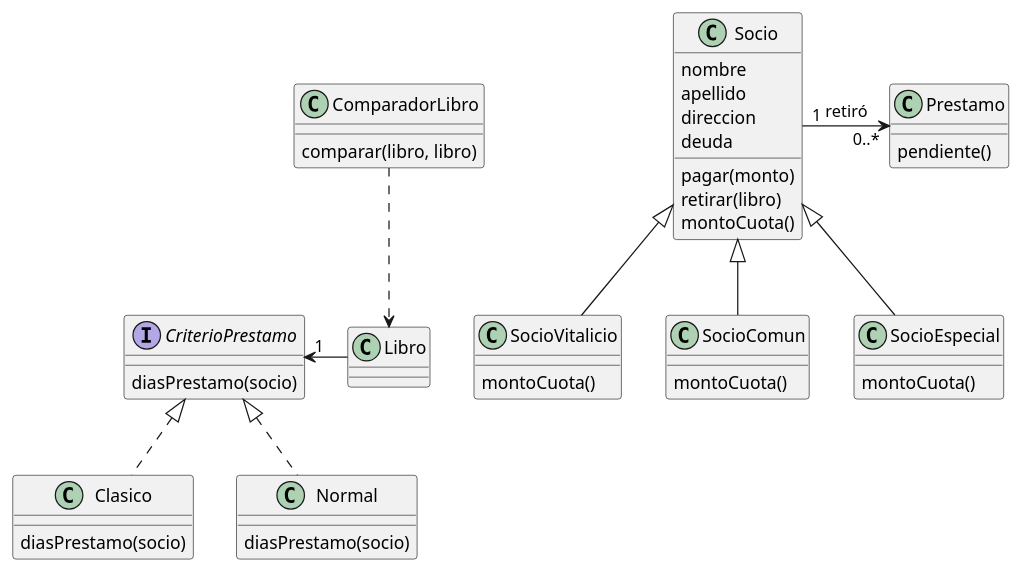
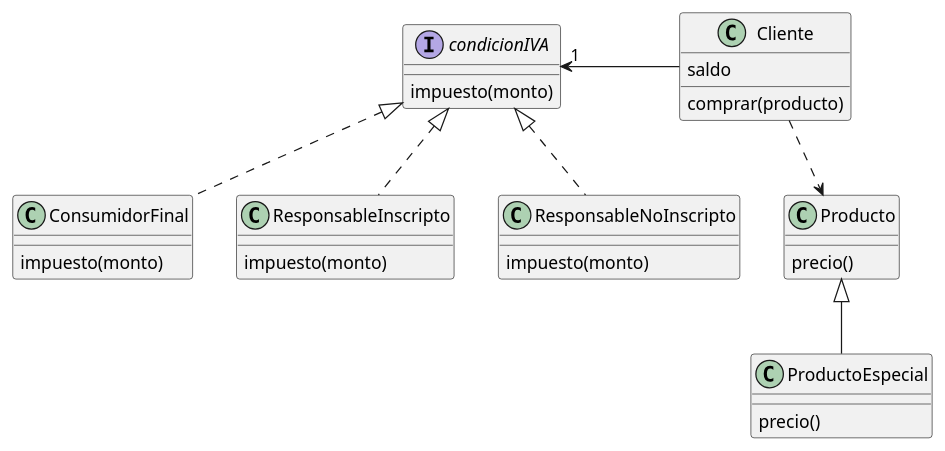
One commit to valenosa/practicaParadigmaObjetos-2024 changed the diagram in example.plantuml. Above: the diagram before and after it, drawn with PlantUML. The commit also changed 3 other files, not shown here.

```diff
--- a/example.plantuml
+++ b/example.plantuml
@@ -1,64 +1,41 @@
 @startuml example
-class Socio {
-    nombre
-    apellido
-    direccion
-    deuda
-    pagar(monto)
-    retirar(libro)
-    montoCuota()
+interface condicionIVA {
+    impuesto(monto)
 }
 
-class SocioVitalicio {
-    montoCuota()
+class ConsumidorFinal {
+    impuesto(monto)
 }
 
-class SocioComun {
-    montoCuota()
+class ResponsableInscripto {
+    impuesto(monto)
 }
 
-class SocioEspecial {
-    montoCuota()
+class ResponsableNoInscripto {
+    impuesto(monto)
 }
 
-class Prestamo {
-    pendiente()
+class Cliente{
+    saldo
+    comprar(producto)
 }
 
-'HERENCIA'
-Socio <|-- SocioVitalicio
-Socio <|-- SocioComun 
-Socio <|-- SocioEspecial  
+Cliente -left-> "1" condicionIVA
 
-'CONOCE (ASOCIACIÓN)'
-Socio "1" -right-> "0..*" Prestamo : retiró
+ConsumidorFinal .up.|> condicionIVA
+ResponsableInscripto .up.|> condicionIVA
+ResponsableNoInscripto .up.|> condicionIVA
 
-class Libro {
+class Producto {
+    precio()
 }
 
-interface CriterioPrestamo {
-    diasPrestamo(socio)
+Cliente .down.> Producto
+
+class ProductoEspecial {
+    precio()
 }
 
-class Clasico {
-    diasPrestamo(socio)
-}
+Producto <|-- ProductoEspecial
 
-class Normal {
-    diasPrestamo(socio)
-}
-'IMPLEMENTA INTERFAZ (REALIZACIÓN)'
-Libro -left-> "1" CriterioPrestamo
-
-'CLASE REFERENCIADA POR LA VARIABLE INTERFAZ'
-Clasico .up.|> CriterioPrestamo
-Normal .up.|> CriterioPrestamo
-
-class ComparadorLibro {
-    comparar(libro, libro)
-}
-'USA (DEPENDENCIA)'
-ComparadorLibro ..> Libro
-
-'ASOCIACIÓN >> DEPENDENCIA'
 @enduml
```
